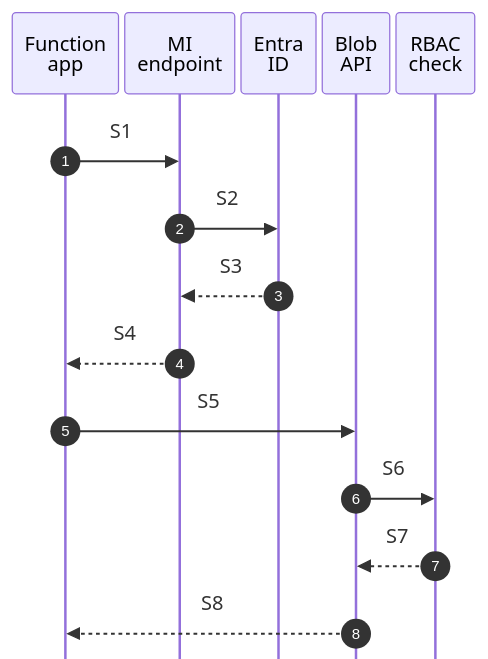
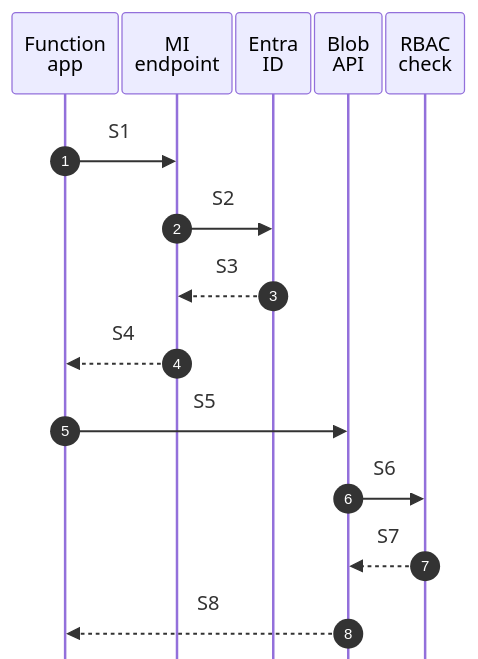
The first of 5 diagrams in docs/troubleshooting/lab-guides/managed-identity-auth.md (yeongseon/azure-functions-practical-guide), drawn with Mermaid before and after one commit. The commit also changed other lines of this file and 1 other file, not shown here.

Commit message:
docs(diagrams): migrate Functions lab managed identity auth diagrams (#588)

````diff
--- a/docs/troubleshooting/lab-guides/managed-identity-auth.md
+++ b/docs/troubleshooting/lab-guides/managed-identity-auth.md
@@ -135,21 +137,21 @@
 ```mermaid
-%%{init: {"sequence":{"width":40,"actorMargin":5,"diagramMarginX":5,"mirrorActors":false}}}%%
+%%{init: {"sequence":{"width":40,"actorMargin":3,"diagramMarginX":0,"mirrorActors":false}}}%%
 sequenceDiagram
     accTitle: Managed identity token and Blob authorization sequence
     accDescr: Illustrative logical sequence with five roles and eight ordered exchanges; the full S1 to S8 message meanings are in the adjacent key. Token acquisition is separate from Blob authorization.
     autonumber
     participant Func as Function<br/>app
     participant IMDS as MI<br/>endpoint
     participant AAD as Entra<br/>ID
     participant Blob as Blob<br/>API
     participant AuthZ as RBAC<br/>check
 
     Func->>IMDS: S1
     IMDS->>AAD: S2
     AAD-->>IMDS: S3
     IMDS-->>Func: S4
     Func->>Blob: S5
     Blob->>AuthZ: S6
     AuthZ-->>Blob: S7
     Blob-->>Func: S8
 ```
````
